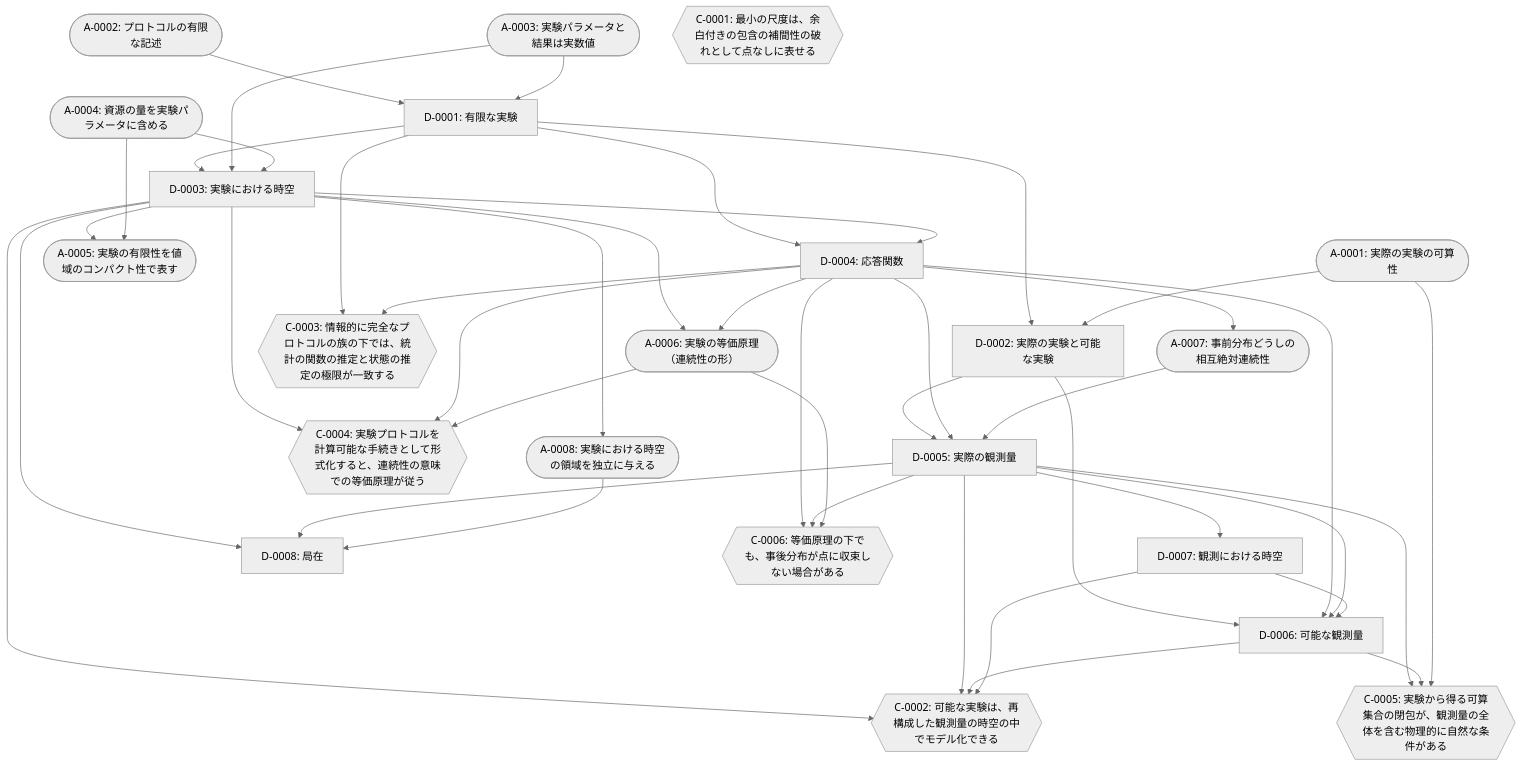
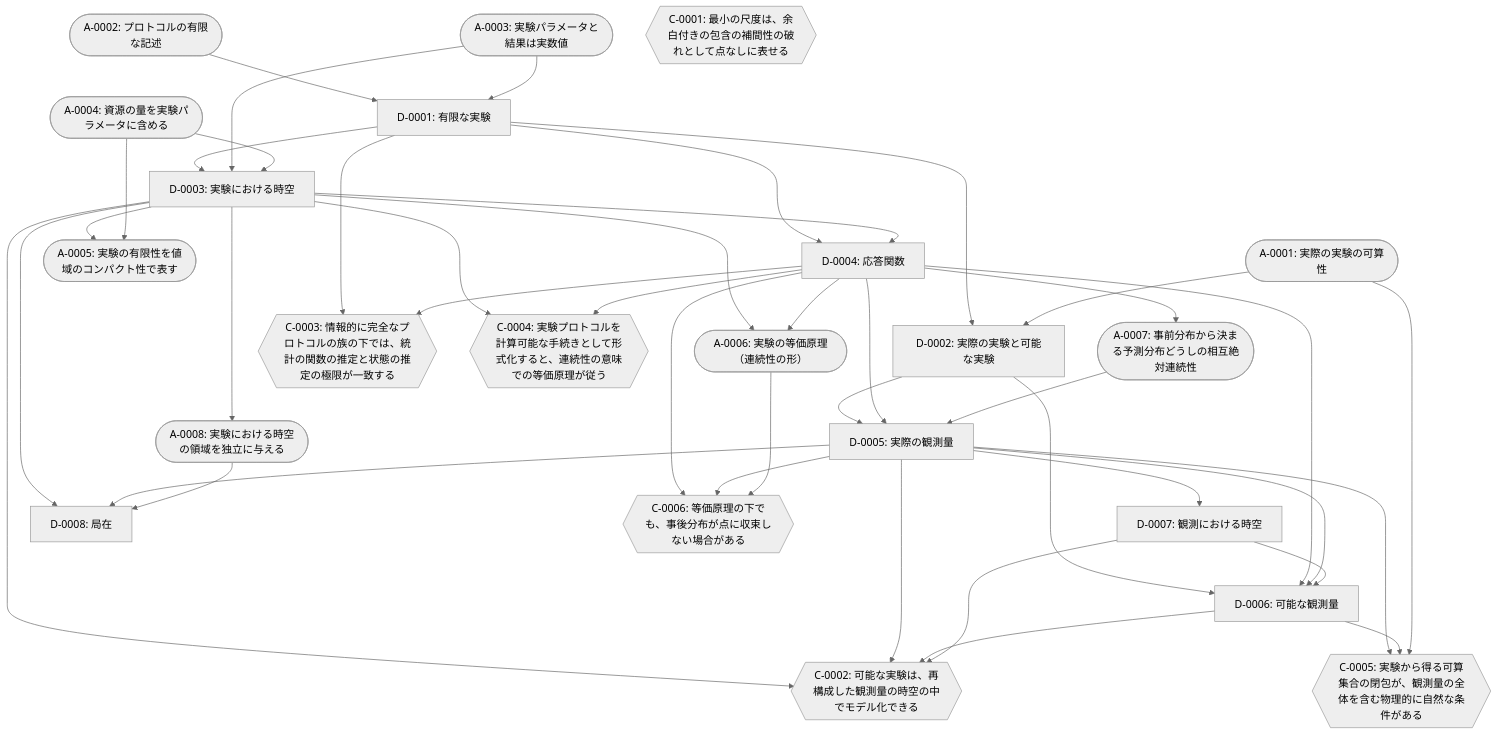
One commit to kittenkiki15/point-free-spacetime changed the diagram in framework.md. Above: the diagram before and after it, drawn with Mermaid (neutral theme). The commit also changed other lines of this file and 7 other files, not shown here.

````diff
--- a/framework.md
+++ b/framework.md
@@ -50,66 +50,65 @@
 ```mermaid
 flowchart TD
   D_0001["D-0001: 有限な実験"]
   D_0002["D-0002: 実際の実験と可能な実験"]
   D_0003["D-0003: 実験における時空"]
   D_0004["D-0004: 応答関数"]
   D_0005["D-0005: 実際の観測量"]
   D_0006["D-0006: 可能な観測量"]
   D_0007["D-0007: 観測における時空"]
   D_0008["D-0008: 局在"]
   A_0001(["A-0001: 実際の実験の可算性"])
   A_0002(["A-0002: プロトコルの有限な記述"])
   A_0003(["A-0003: 実験パラメータと結果は実数値"])
   A_0004(["A-0004: 資源の量を実験パラメータに含める"])
   A_0005(["A-0005: 実験の有限性を値域のコンパクト性で表す"])
   A_0006(["A-0006: 実験の等価原理（連続性の形）"])
-  A_0007(["A-0007: 事前分布どうしの相互絶対連続性"])
+  A_0007(["A-0007: 事前分布から決まる予測分布どうしの相互絶対連続性"])
   A_0008(["A-0008: 実験における時空の領域を独立に与える"])
   C_0001{{"C-0001: 最小の尺度は、余白付きの包含の補間性の破れとして点なしに表せる"}}
   C_0002{{"C-0002: 可能な実験は、再構成した観測量の時空の中でモデル化できる"}}
   C_0003{{"C-0003: 情報的に完全なプロトコルの族の下では、統計の関数の推定と状態の推定の極限が一致する"}}
   C_0004{{"C-0004: 実験プロトコルを計算可能な手続きとして形式化すると、連続性の意味での等価原理が従う"}}
   C_0005{{"C-0005: 実験から得る可算集合の閉包が、観測量の全体を含む物理的に自然な条件がある"}}
   C_0006{{"C-0006: 等価原理の下でも、事後分布が点に収束しない場合がある"}}
   D_0003 --> A_0005
   A_0004 --> A_0005
   D_0003 --> A_0006
   D_0004 --> A_0006
   D_0004 --> A_0007
   D_0003 --> A_0008
   D_0003 --> C_0002
   D_0005 --> C_0002
   D_0006 --> C_0002
   D_0007 --> C_0002
   D_0001 --> C_0003
   D_0004 --> C_0003
   D_0003 --> C_0004
   D_0004 --> C_0004
-  A_0006 --> C_0004
   D_0005 --> C_0005
   D_0006 --> C_0005
   A_0001 --> C_0005
   D_0004 --> C_0006
   D_0005 --> C_0006
   A_0006 --> C_0006
   A_0002 --> D_0001
   A_0003 --> D_0001
   D_0001 --> D_0002
   A_0001 --> D_0002
   D_0001 --> D_0003
   A_0003 --> D_0003
   A_0004 --> D_0003
   D_0001 --> D_0004
   D_0003 --> D_0004
   D_0002 --> D_0005
   D_0004 --> D_0005
   A_0007 --> D_0005
   D_0002 --> D_0006
   D_0004 --> D_0006
   D_0005 --> D_0006
   D_0007 --> D_0006
   D_0005 --> D_0007
   D_0003 --> D_0008
   D_0005 --> D_0008
   A_0008 --> D_0008
 ```
````
